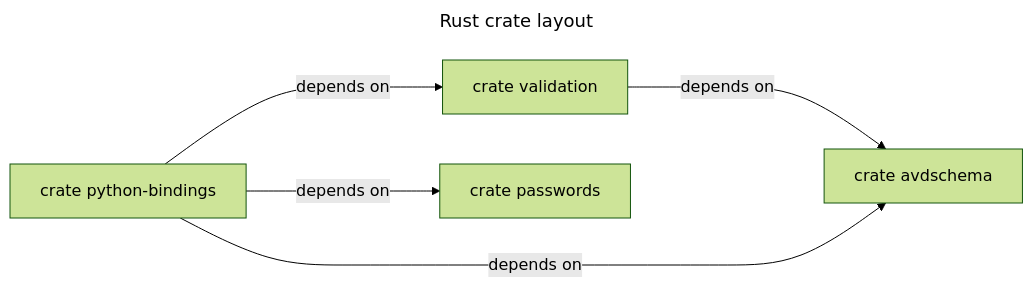
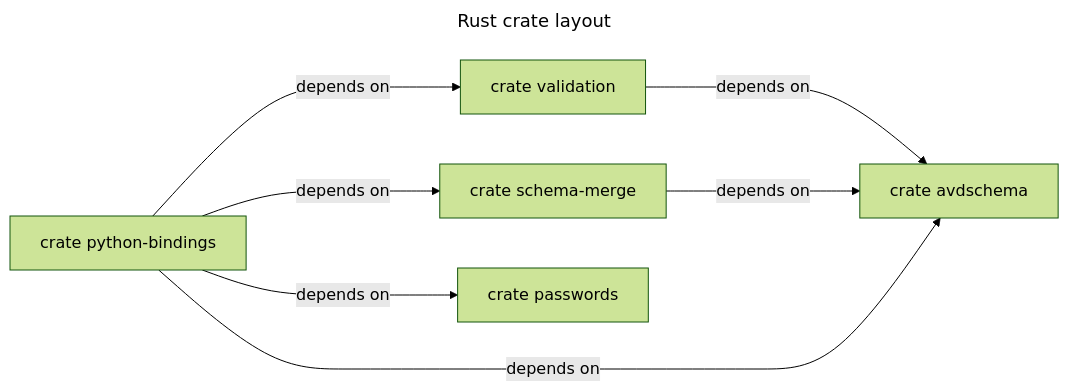
Before and after one commit to aristanetworks/pyavd-utils: the diagram in rust/README.md, drawn with Mermaid (forest theme). The commit also changed 15 other files, not shown here.

Commit message:
Feat: Add schema merge in rust and expose it in python-bindings

````diff
--- a/rust/README.md
+++ b/rust/README.md
@@ -7,14 +7,17 @@
 ```mermaid
 ---
 title: Rust crate layout
 ---
 graph LR
 validation["crate validation"]
 avdschema["crate avdschema"]
 validation --->|depends on| avdschema
+schema_merge["crate schema-merge"]
+schema_merge --->|depends on| avdschema
 passwords["crate passwords"]
 python_bindings["crate python-bindings"]
 python_bindings --->|depends on| avdschema
 python_bindings --->|depends on| validation
+python_bindings --->|depends on| schema_merge
 python_bindings --->|depends on| passwords
 ```
````
